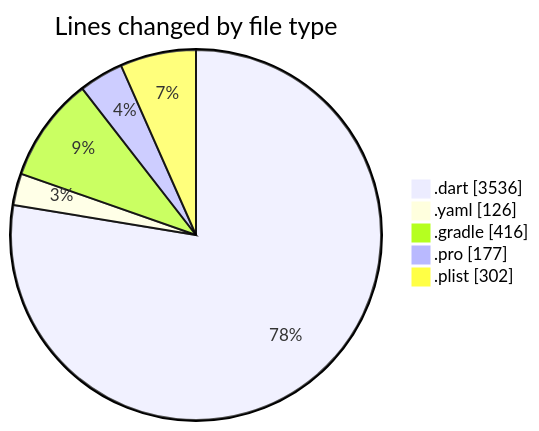
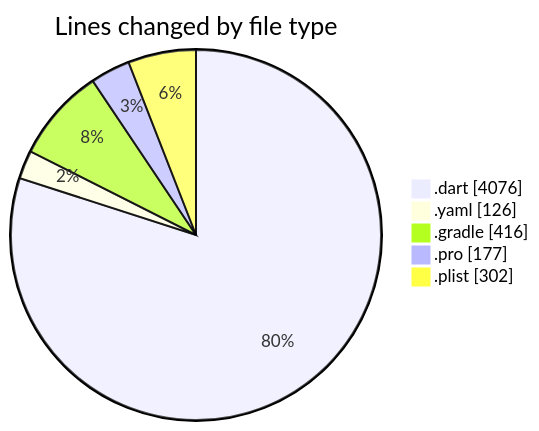
One commit to lephambinh05/code-tracking changed the first of 2 diagrams in 2025-07-29/appproject/README.md. Above: the diagram before and after it, drawn with Mermaid. The commit also changed other lines of this file and 1 other file, not shown here.

````diff
--- a/2025-07-29/appproject/README.md
+++ b/2025-07-29/appproject/README.md
@@ -37,9 +38,9 @@
 ```mermaid
 pie showData
 title Lines changed by file type
-".dart" : 3536
+".dart" : 4076
 ".yaml" : 126
 ".gradle" : 416
 ".pro" : 177
 ".plist" : 302
 ```
````
